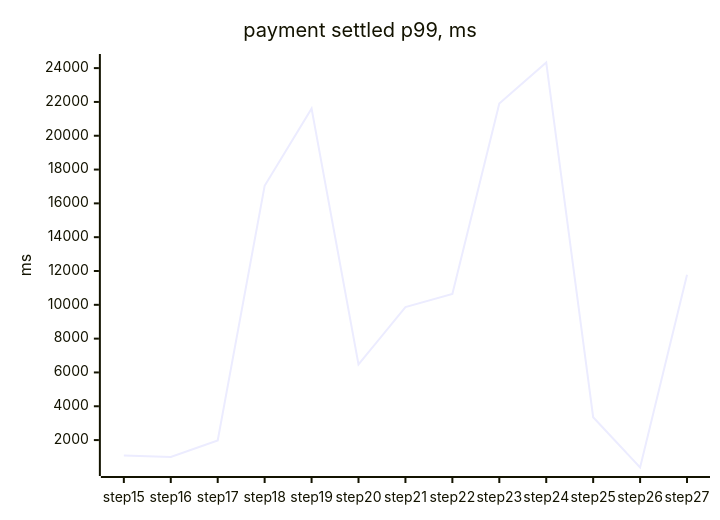
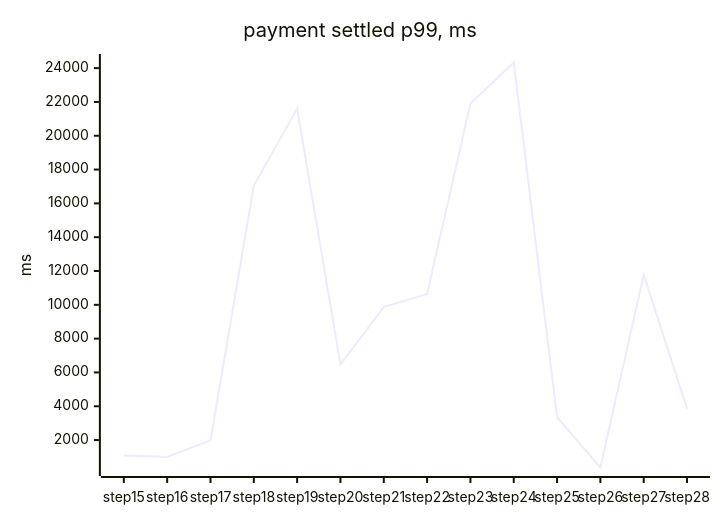
The fourth of 4 diagrams in docs/perf/README.md (tanvoid0/ledgerflow), drawn with Mermaid before and after one commit. The commit also changed other lines of this file and 4 other files, not shown here.

````diff
--- a/docs/perf/README.md
+++ b/docs/perf/README.md
@@ -118,7 +121,7 @@
 ```mermaid
 xychart-beta
     title "payment settled p99, ms"
-    x-axis ["step15", "step16", "step17", "step18", "step19", "step20", "step21", "step22", "step23", "step24", "step25", "step26", "step27"]
+    x-axis ["step15", "step16", "step17", "step18", "step19", "step20", "step21", "step22", "step23", "step24", "step25", "step26", "step27", "step28"]
     y-axis "ms"
-    line [1088, 996, 1982, 17042, 21606, 6472, 9862, 10643, 21902, 24332, 3351, 378, 11782]
+    line [1088, 996, 1982, 17042, 21606, 6472, 9862, 10643, 21902, 24332, 3351, 378, 11782, 3852]
 ```
````
